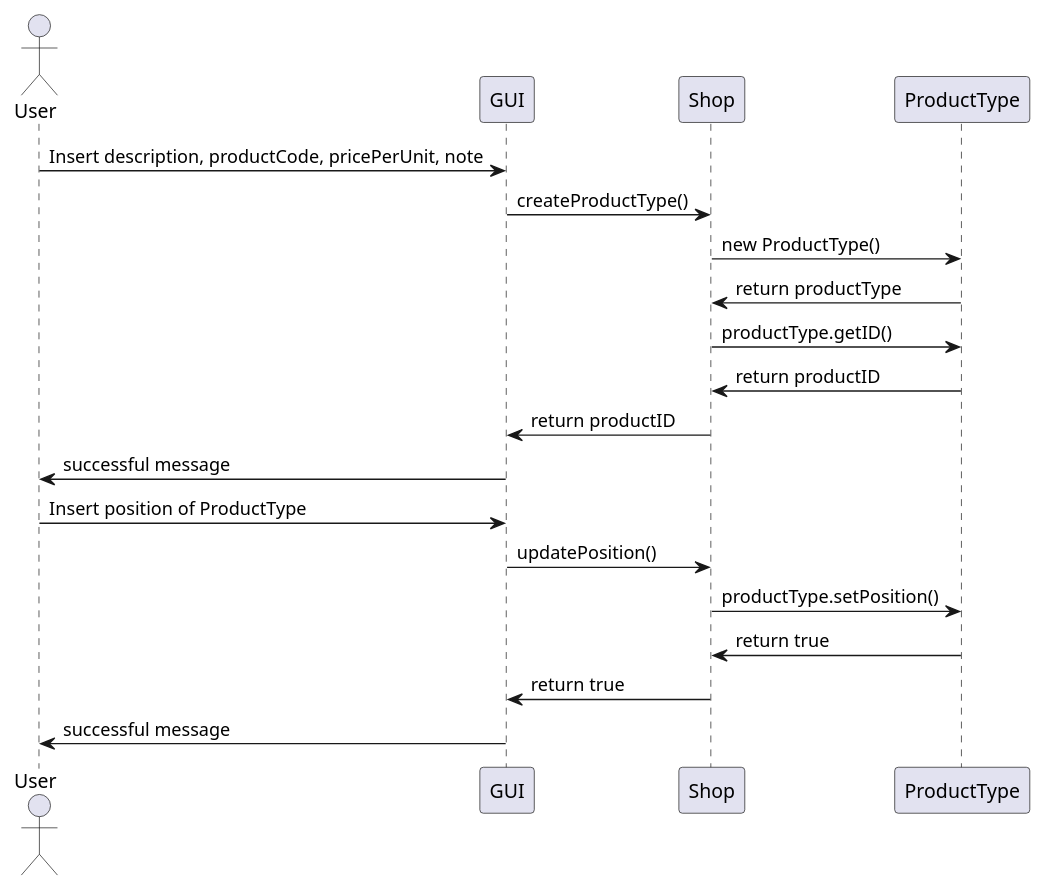
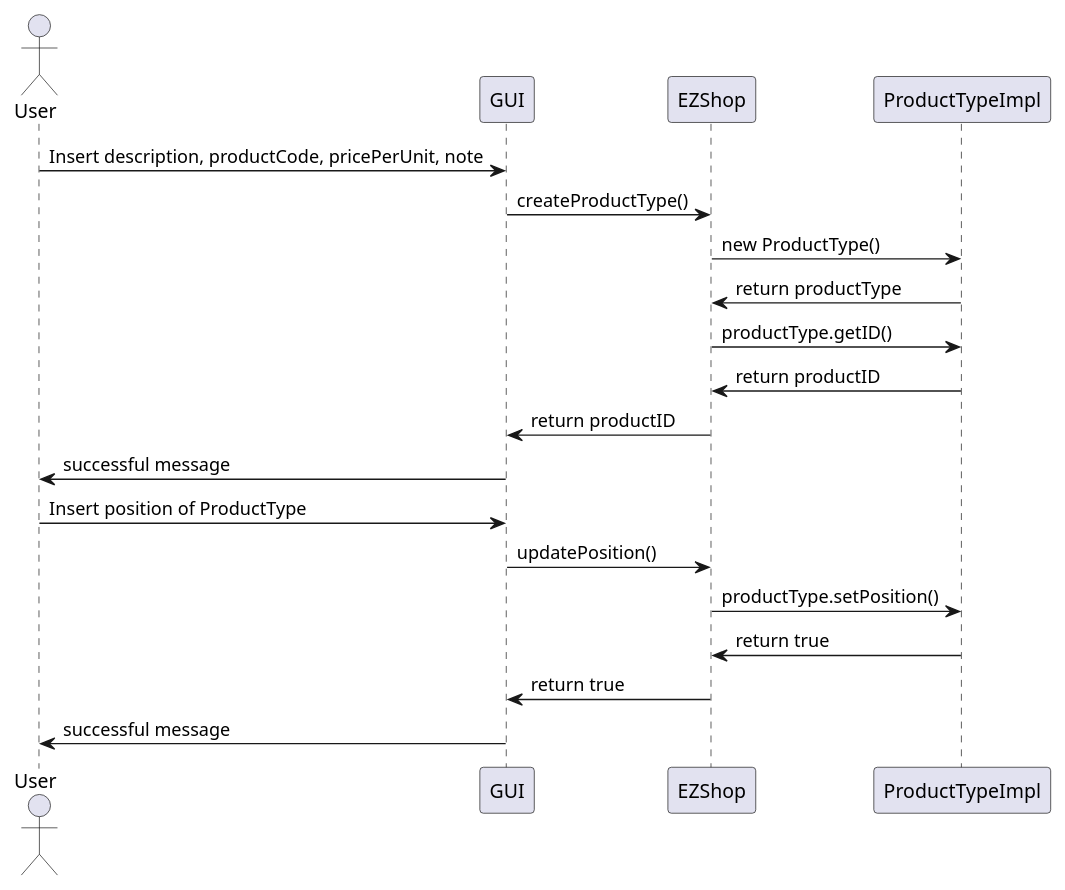
The fifth of 19 diagrams in Deliverables/DesignDocument.md (ThePiromaximus/ezshop), drawn with PlantUML before and after one commit. The commit also changed other lines of this file, not shown here.

````diff
--- a/Deliverables/DesignDocument.md
+++ b/Deliverables/DesignDocument.md
@@ -289,19 +305,19 @@
 ```plantuml
 @startuml
 actor User
 User -> GUI: Insert description, productCode, pricePerUnit, note
-GUI -> Shop: createProductType()
-Shop -> ProductType: new ProductType()
-Shop <- ProductType: return productType
-Shop -> ProductType: productType.getID()
-Shop <- ProductType: return productID
-GUI <- Shop: return productID
+GUI -> EZShop: createProductType()
+EZShop -> ProductTypeImpl: new ProductType()
+EZShop <- ProductTypeImpl: return productType
+EZShop -> ProductTypeImpl: productType.getID()
+EZShop <- ProductTypeImpl: return productID
+GUI <- EZShop: return productID
 User <- GUI: successful message
 User -> GUI: Insert position of ProductType
-GUI -> Shop: updatePosition()
-Shop -> ProductType: productType.setPosition()
-Shop <- ProductType: return true
-GUI <- Shop: return true
+GUI -> EZShop: updatePosition()
+EZShop -> ProductTypeImpl: productType.setPosition()
+EZShop <- ProductTypeImpl: return true
+GUI <- EZShop: return true
 User <- GUI: successful message
 @enduml
 ```
````
